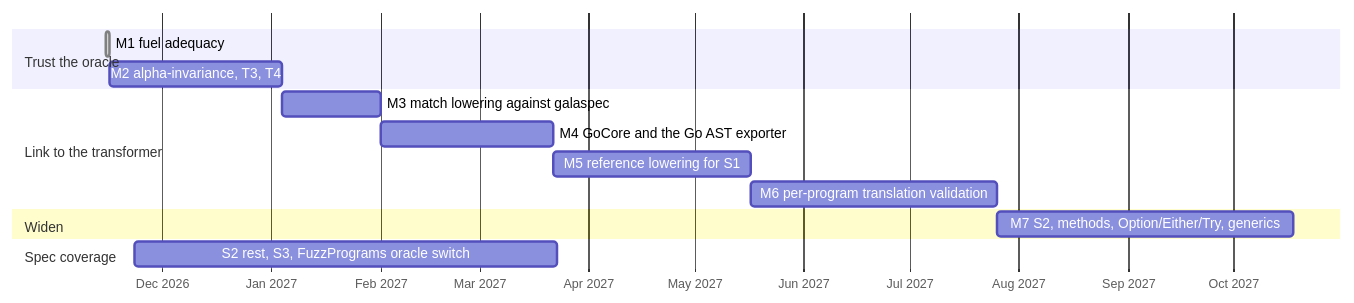
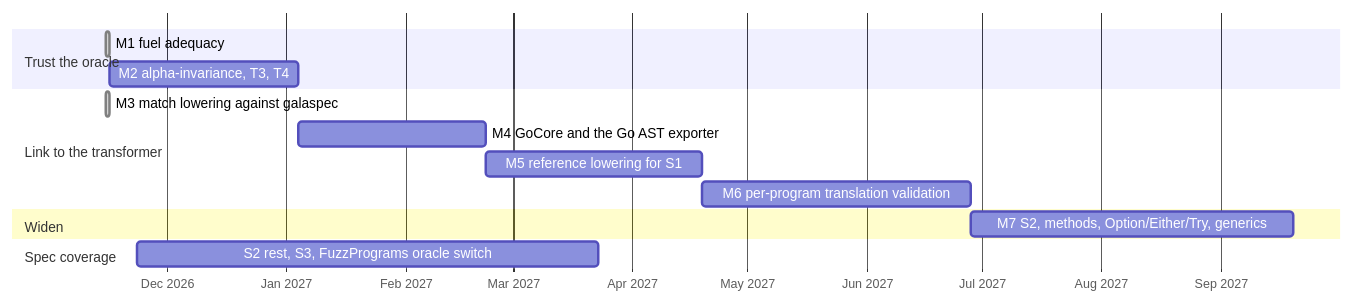
The sixth of 6 diagrams in docs/FORMAL_SEMANTICS.MD (martianoff/gala), drawn with Mermaid before and after one commit. The commit also changed other lines of this file and 1 other file, not shown here.

First line of the commit message:
docs: M3 done in the plan's chart; review fixes

````diff
--- a/docs/FORMAL_SEMANTICS.MD
+++ b/docs/FORMAL_SEMANTICS.MD
@@ -690,17 +689,17 @@
 ```mermaid
 gantt
     dateFormat  YYYY-MM-DD
     axisFormat  %b %Y
     section Trust the oracle
     M1 fuel adequacy                         :done, m1, 2026-11-15, 1d
     M2 alpha-invariance, T3, T4              :m2, after m1, 49d
     section Link to the transformer
-    M3 match lowering against galaspec       :m3, after m2, 28d
-    M4 GoCore and the Go AST exporter        :m4, after m3, 49d
+    M3 match lowering against galaspec       :done, m3, 2026-11-15, 1d
+    M4 GoCore and the Go AST exporter        :m4, after m2, 49d
     M5 reference lowering for S1             :m5, after m4, 56d
     M6 per-program translation validation    :m6, after m5, 70d
     section Widen
     M7 S2, methods, Option/Either/Try, generics :m7, after m6, 84d
     section Spec coverage
     S2 rest, S3, FuzzPrograms oracle switch  :c1, 2026-11-23, 120d
 ```
````
